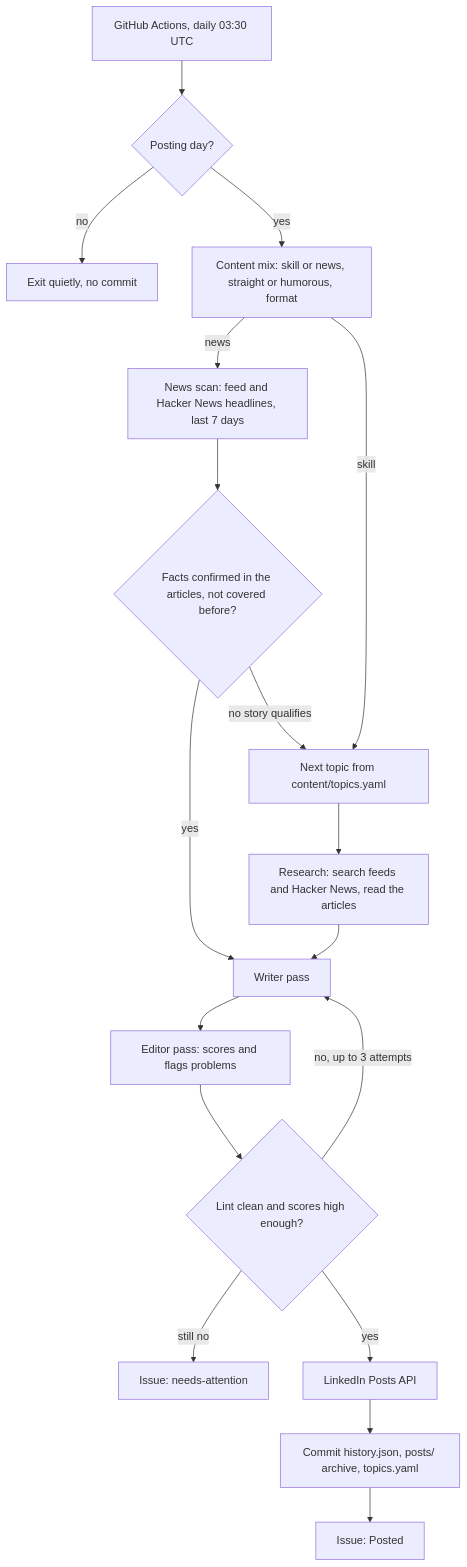
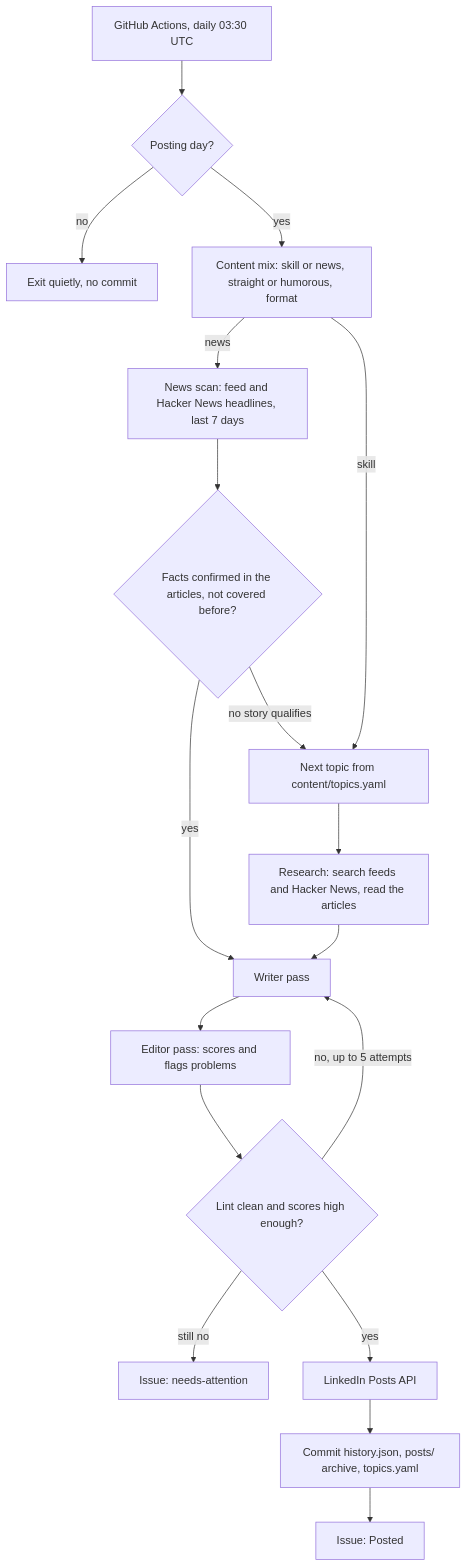
The diagram in README.md (DragPhoenixOG/linkedin-ai-series-agent), drawn with Mermaid before and after one commit. The commit also changed other lines of this file and 4 other files, not shown here.

First line of the commit message:
Allow up to 5 write/edit/lint attempts (agreed change from the brief)

````diff
--- a/README.md
+++ b/README.md
@@ -36,20 +36,20 @@
 ```mermaid
 flowchart TD
     cron["GitHub Actions, daily 03:30 UTC"] --> sched{"Posting day?"}
     sched -- "no" --> skip["Exit quietly, no commit"]
     sched -- "yes" --> mix["Content mix: skill or news, straight or humorous, format"]
     mix -- "news" --> scan["News scan: feed and Hacker News headlines, last 7 days"]
     scan --> verify{"Facts confirmed in the articles, not covered before?"}
     verify -- "no story qualifies" --> topic
     verify -- "yes" --> write
     mix -- "skill" --> topic["Next topic from content/topics.yaml"]
     topic --> research["Research: search feeds and Hacker News, read the articles"]
     research --> write["Writer pass"]
     write --> edit["Editor pass: scores and flags problems"]
     edit --> lint{"Lint clean and scores high enough?"}
-    lint -- "no, up to 3 attempts" --> write
+    lint -- "no, up to 5 attempts" --> write
     lint -- "still no" --> fail["Issue: needs-attention"]
     lint -- "yes" --> publish["LinkedIn Posts API"]
     publish --> record["Commit history.json, posts/ archive, topics.yaml"]
     record --> posted["Issue: Posted"]
 ```
````
